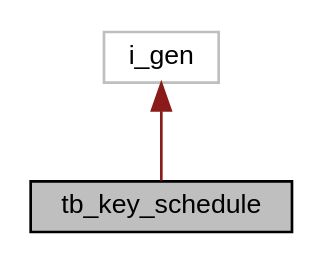
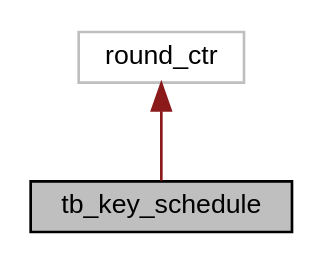
The diagram in d4/d9d/enumtb__key__schedule__inherit__graph.dot (FlorianFrank/SPECK_Cipher_Verilog), drawn with Graphviz before and after one commit. The commit also changed 104 other files, not shown here.

```diff
--- a/d4/d9d/enumtb__key__schedule__inherit__graph.dot
+++ b/d4/d9d/enumtb__key__schedule__inherit__graph.dot
@@ -1,9 +1,9 @@
 digraph "tb_key_schedule"
 {
  // INTERACTIVE_SVG=YES
   edge [fontname="Helvetica",fontsize="10",labelfontname="Helvetica",labelfontsize="10"];
   node [fontname="Helvetica",fontsize="10",shape=record];
   Node0 [label="tb_key_schedule",height=0.2,width=0.4,color="black", fillcolor="grey75", style="filled", fontcolor="black"];
   Node1 -> Node0 [dir="back",color="firebrick4",fontsize="10",style="solid",fontname="Helvetica"];
-  Node1 [label="i_gen",height=0.2,width=0.4,color="grey75", fillcolor="white", style="filled"];
+  Node1 [label="round_ctr",height=0.2,width=0.4,color="grey75", fillcolor="white", style="filled"];
 }
```
